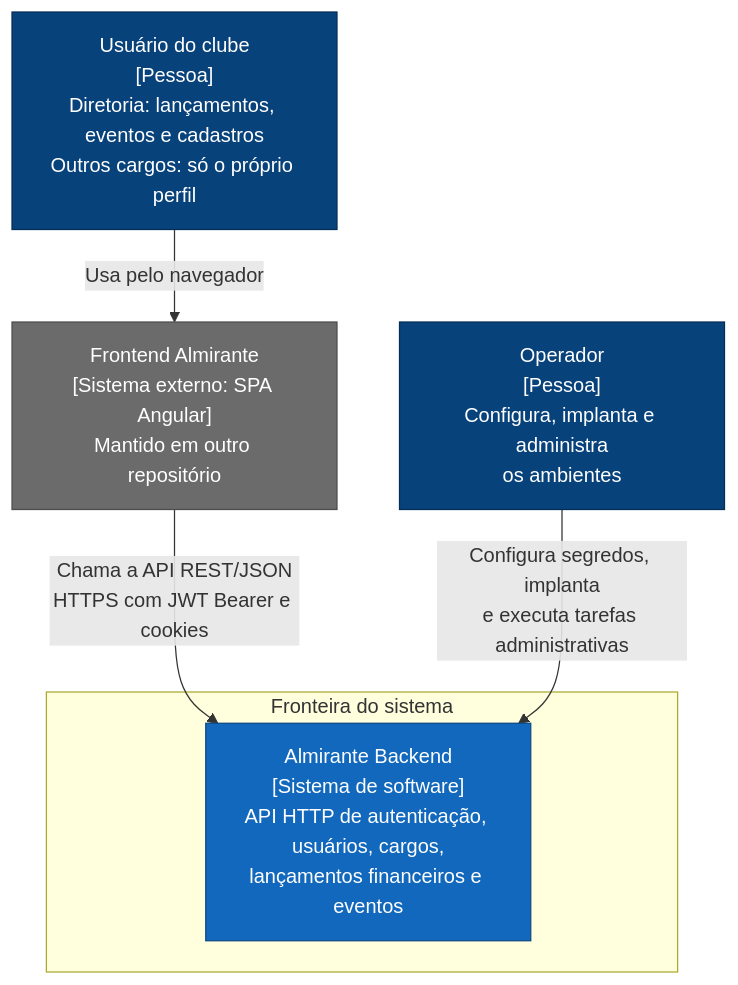
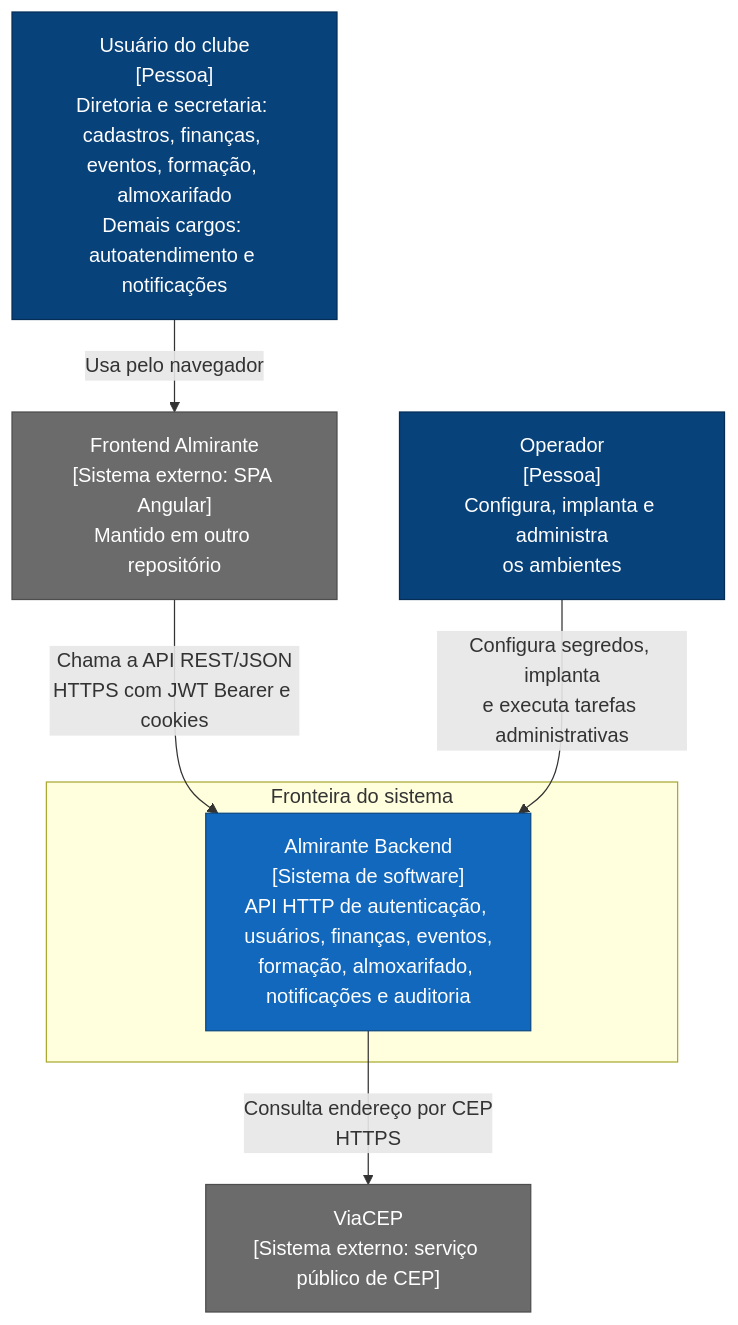
One commit to LucasDevolps/Desbravadores.Backend changed the diagram in docs/architecture/c4-context.md. Above: the diagram before and after it, drawn with Mermaid. The commit also changed other lines of this file and 4 other files, not shown here.

````diff
--- a/docs/architecture/c4-context.md
+++ b/docs/architecture/c4-context.md
@@ -12,24 +12,26 @@
 ```mermaid
 flowchart TB
     accTitle: Contexto do sistema Almirante Backend
     accDescr: Usuários do clube usam o frontend Almirante no navegador. O frontend chama a API do Almirante Backend por HTTPS. O operador configura, implanta e administra o backend.
 
-    usuario["Usuário do clube<br/>[Pessoa]<br/>Diretoria: lançamentos, eventos e cadastros<br/>Outros cargos: só o próprio perfil"]
+    usuario["Usuário do clube<br/>[Pessoa]<br/>Diretoria e secretaria: cadastros, finanças, eventos, formação, almoxarifado<br/>Demais cargos: autoatendimento e notificações"]
     operador["Operador<br/>[Pessoa]<br/>Configura, implanta e administra<br/>os ambientes"]
     frontend["Frontend Almirante<br/>[Sistema externo: SPA Angular]<br/>Mantido em outro repositório"]
 
     subgraph fronteira["Fronteira do sistema"]
-        backend["Almirante Backend<br/>[Sistema de software]<br/>API HTTP de autenticação, usuários, cargos,<br/>lançamentos financeiros e eventos"]
+        backend["Almirante Backend<br/>[Sistema de software]<br/>API HTTP de autenticação, usuários, finanças, eventos,<br/>formação, almoxarifado, notificações e auditoria"]
     end
+    viacep["ViaCEP<br/>[Sistema externo: serviço público de CEP]"]
 
     usuario -->|"Usa pelo navegador"| frontend
     frontend -->|"Chama a API REST/JSON<br/>HTTPS com JWT Bearer e cookies"| backend
     operador -->|"Configura segredos, implanta<br/>e executa tarefas administrativas"| backend
+    backend -->|"Consulta endereço por CEP<br/>HTTPS"| viacep
 
     classDef pessoa fill:#08427b,stroke:#052e56,color:#ffffff
     classDef sistema fill:#1168bd,stroke:#0b4884,color:#ffffff
     classDef externo fill:#6b6b6b,stroke:#4d4d4d,color:#ffffff
     class usuario,operador pessoa
     class backend sistema
-    class frontend externo
+    class frontend,viacep externo
 ```
````
